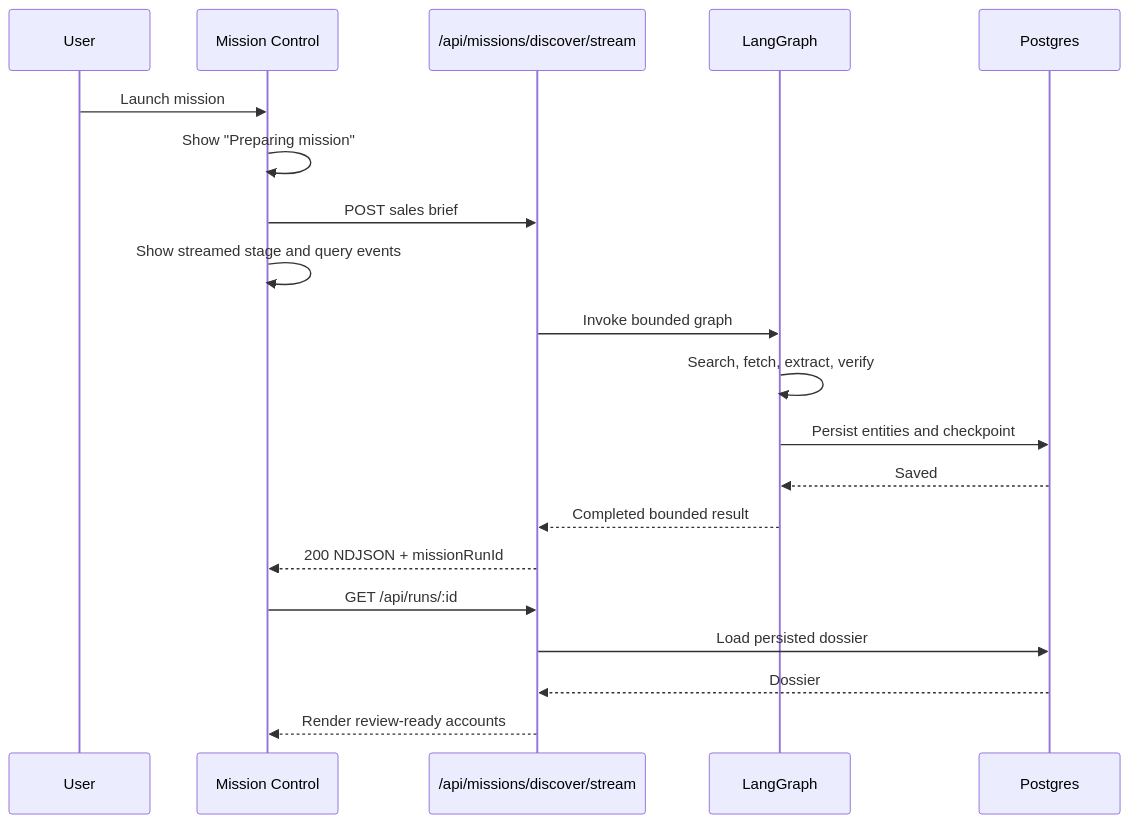
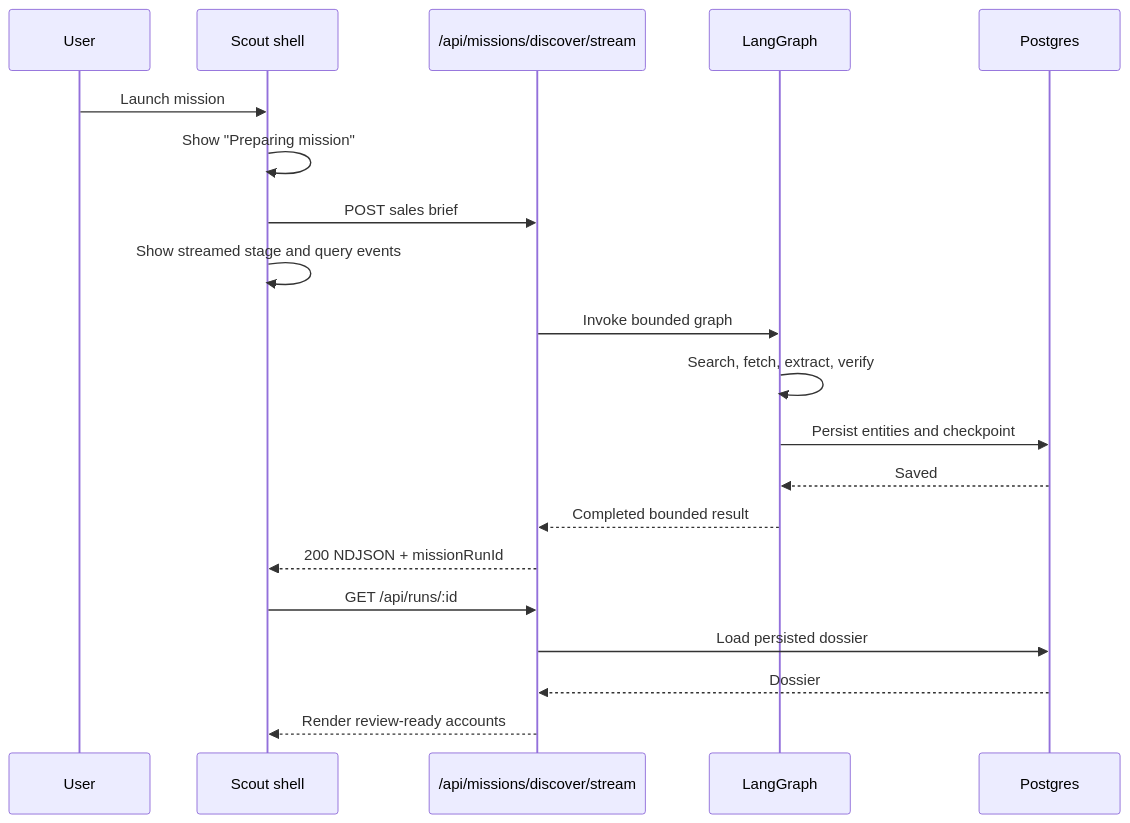
Before and after one commit to monsteruk-crm/monster-prospecting-agent: the fourth of 17 diagrams in docs/guides/how-monster-scout-works.md, drawn with Mermaid. The commit also changed other lines of this file and 18 other files, not shown here.

````diff
--- a/docs/guides/how-monster-scout-works.md
+++ b/docs/guides/how-monster-scout-works.md
@@ -160,23 +160,23 @@
 ```mermaid
 sequenceDiagram
   participant U as User
-  participant UI as Mission Control
+  participant UI as Scout shell
   participant API as /api/missions/discover/stream
   participant G as LangGraph
   participant DB as Postgres
 
   U->>UI: Launch mission
   UI->>UI: Show "Preparing mission"
   UI->>API: POST sales brief
   UI->>UI: Show streamed stage and query events
   API->>G: Invoke bounded graph
   G->>G: Search, fetch, extract, verify
   G->>DB: Persist entities and checkpoint
   DB-->>G: Saved
   G-->>API: Completed bounded result
   API-->>UI: 200 NDJSON + missionRunId
   UI->>API: GET /api/runs/:id
   API->>DB: Load persisted dossier
   DB-->>API: Dossier
   API-->>UI: Render review-ready accounts
 ```
````
